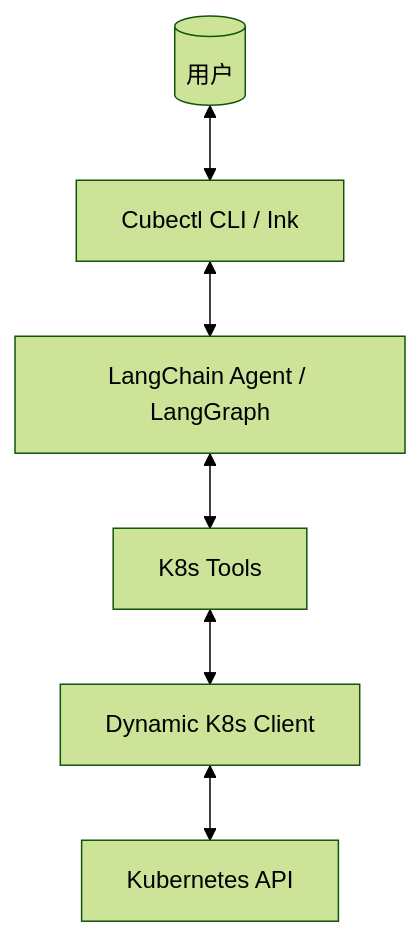
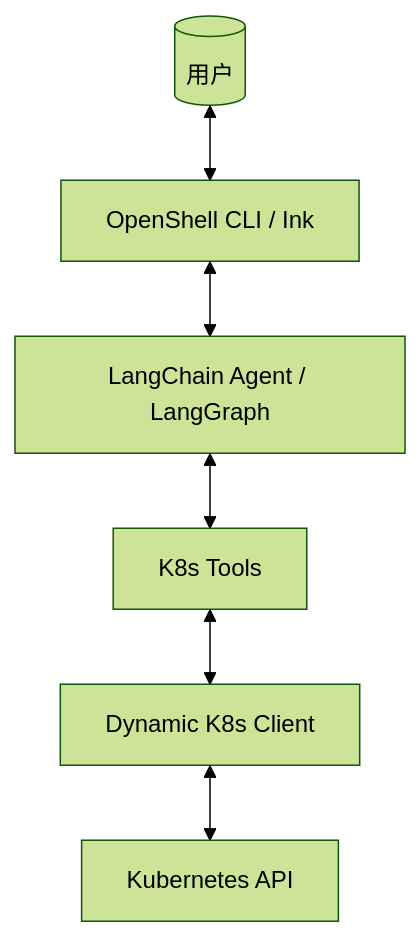
Before and after one commit to zhizuqiu/openshell: the diagram in docs/manual/DEVELOPER.zh-CN.md, drawn with Mermaid (forest theme). The commit also changed other lines of this file and 6 other files, not shown here.

Commit message:
Fix multi-step task flow, complete rebranding, and fix build errors

````diff
--- a/docs/manual/DEVELOPER.zh-CN.md
+++ b/docs/manual/DEVELOPER.zh-CN.md
@@ -24,8 +24,8 @@
 ```mermaid
 graph TD
-    User[(用户)] <--> CLI[Cubectl CLI / Ink]
+    User[(用户)] <--> CLI[OpenShell CLI / Ink]
     CLI <--> Agent[LangChain Agent / LangGraph]
     Agent <--> Tools[K8s Tools]
     Tools <--> Client[Dynamic K8s Client]
     Client <--> API[Kubernetes API]
 ```
````
